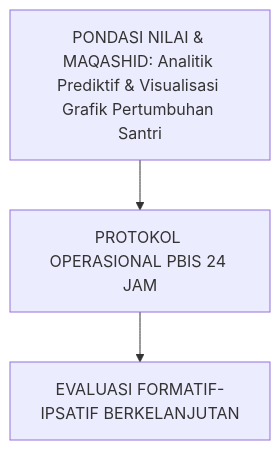
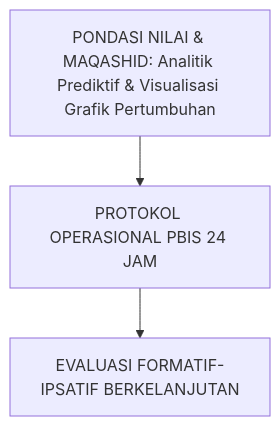
Before and after one commit to wandiapriliyandi/tumbuh: diagram 28 of 32 in BOOK-SERIES/Volume-03/Buku-Volume-03-Sistem-Asesmen-Perkembangan-dan-Evaluasi-Berbasis-Bukti.md, drawn with Mermaid. The commit also changed other lines of this file and 196 other files, not shown here.

````diff
--- a/BOOK-SERIES/Volume-03/Buku-Volume-03-Sistem-Asesmen-Perkembangan-dan-Evaluasi-Berbasis-Bukti.md
+++ b/BOOK-SERIES/Volume-03/Buku-Volume-03-Sistem-Asesmen-Perkembangan-dan-Evaluasi-Berbasis-Bukti.md
@@ -750,5 +908,5 @@
 ```mermaid
 graph TD
-    Tujuan["PONDASI NILAI & MAQASHID: Analitik Prediktif & Visualisasi Grafik Pertumbuhan Santri"] --> Operasional["PROTOKOL OPERASIONAL PBIS 24 JAM"]
+    Tujuan["PONDASI NILAI & MAQASHID: Analitik Prediktif & Visualisasi Grafik Pertumbuhan"] --> Operasional["PROTOKOL OPERASIONAL PBIS 24 JAM"]
     Operasional --> Evaluasi["EVALUASI FORMATIF-IPSATIF BERKELANJUTAN"]
 ```
````
